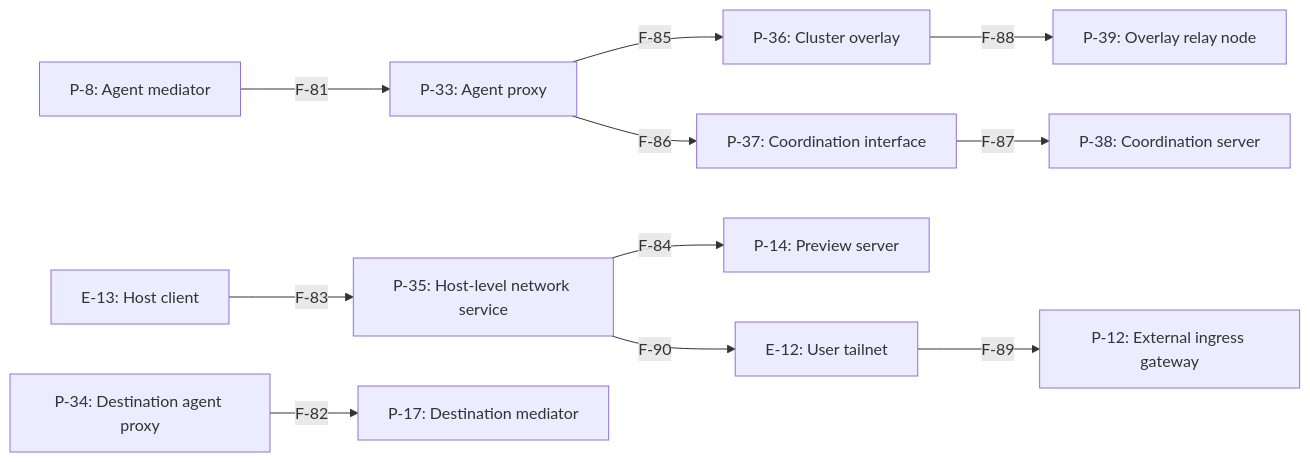
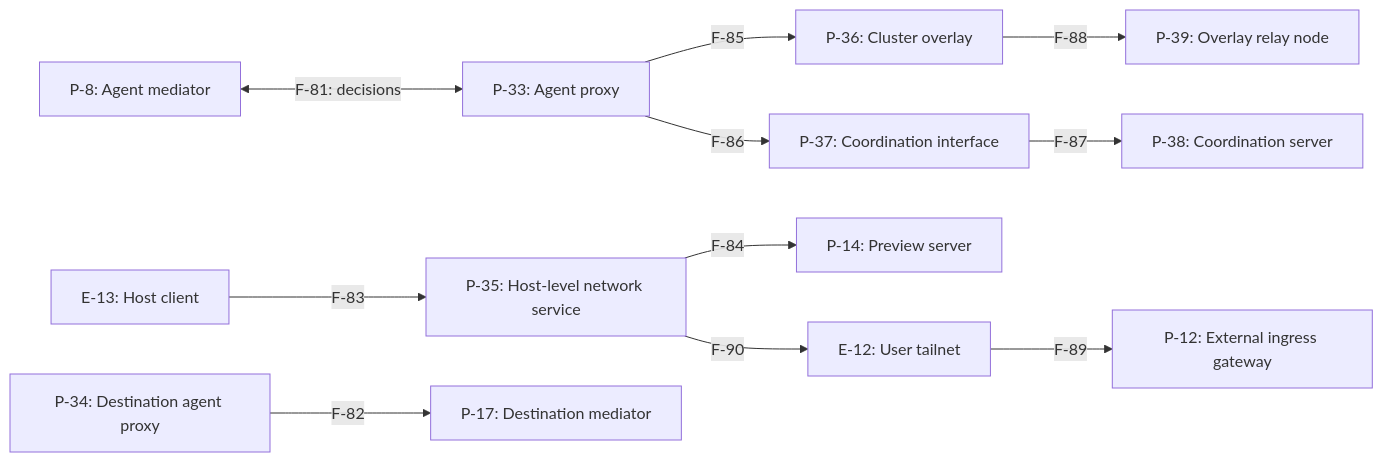
The ninth of 16 diagrams in docs/agent-threat-model.md (tbhb-dev/afakt), drawn with Mermaid before and after one commit. The commit also changed other lines of this file and 96 other files, not shown here.

````diff
--- a/docs/agent-threat-model.md
+++ b/docs/agent-threat-model.md
@@ -502,26 +499,26 @@
 ```mermaid
 flowchart LR
     P-33["P-33: Agent proxy"]
     P-34["P-34: Destination agent proxy"]
     P-35["P-35: Host-level network service"]
     P-36["P-36: Cluster overlay"]
     P-37["P-37: Coordination interface"]
     P-38["P-38: Coordination server"]
     P-39["P-39: Overlay relay node"]
     E-12["E-12: User tailnet"]
     E-13["E-13: Host client"]
     P-8["P-8: Agent mediator"]
     P-17["P-17: Destination mediator"]
     P-14["P-14: Preview server"]
     P-12["P-12: External ingress gateway"]
-    P-8 -->|"F-81"| P-33
+    P-8 <-->|"F-81: decisions"| P-33
     P-34 -->|"F-82"| P-17
     E-13 -->|"F-83"| P-35
     P-35 -->|"F-84"| P-14
     P-33 -->|"F-85"| P-36
     P-33 -->|"F-86"| P-37
     P-37 -->|"F-87"| P-38
     P-36 -->|"F-88"| P-39
     E-12 -->|"F-89"| P-12
     P-35 -->|"F-90"| E-12
 ```
````
